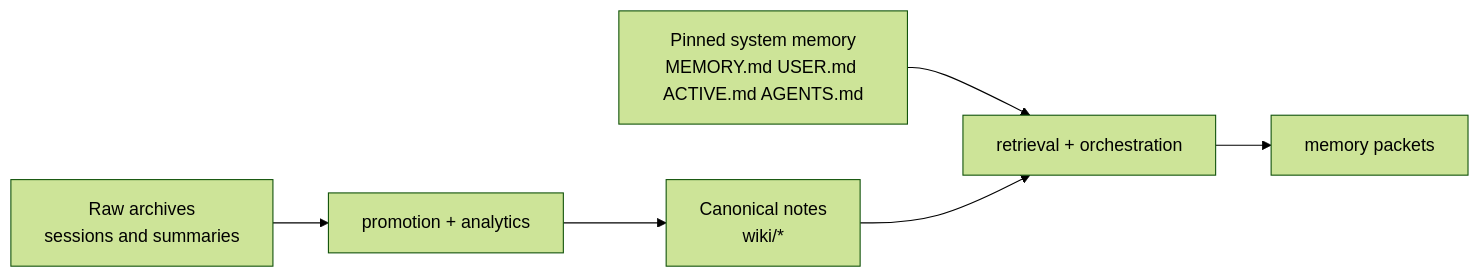
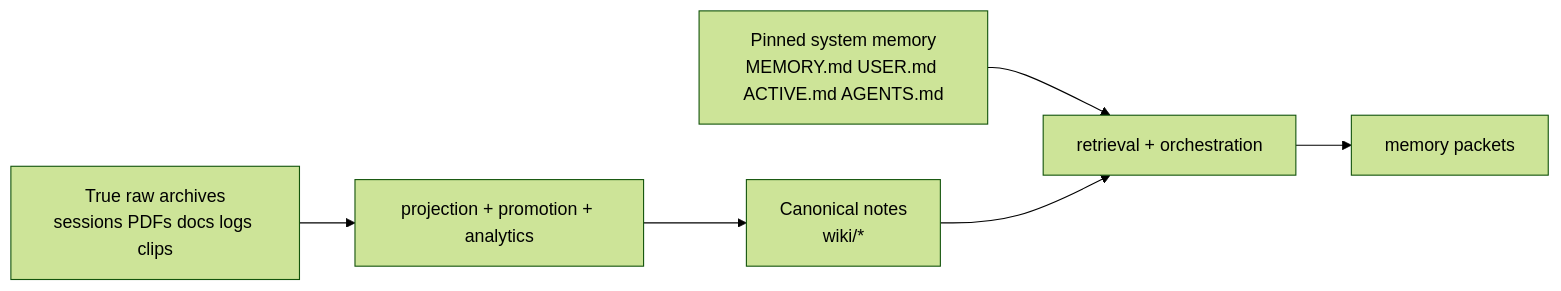
One commit to Jianyu010/MnemonicOS changed the fifth of 5 diagrams in README.md. Above: the diagram before and after it, drawn with Mermaid (forest theme). The commit also changed other lines of this file and 9 other files, not shown here.

Commit message:
Expand true-raw intake across MnemonicOS docs

````diff
--- a/README.md
+++ b/README.md
@@ -147,8 +151,8 @@
 ```mermaid
 flowchart LR
     A["Pinned system memory<br/>MEMORY.md USER.md ACTIVE.md AGENTS.md"] --> D["retrieval + orchestration"]
     B["Canonical notes<br/>wiki/*"] --> D
-    C["Raw archives<br/>sessions and summaries"] --> E["promotion + analytics"]
+    C["True raw archives<br/>sessions PDFs docs logs clips"] --> E["projection + promotion + analytics"]
     D --> F["memory packets"]
     E --> B
 ```
````
